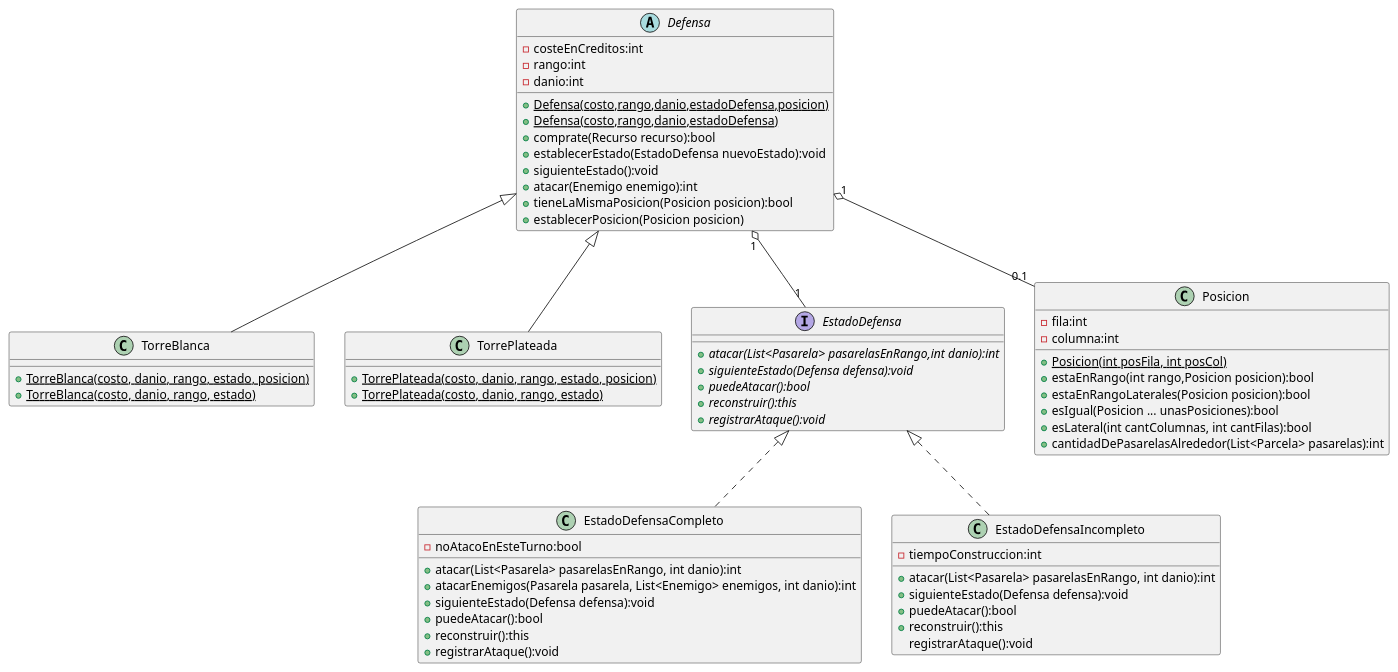
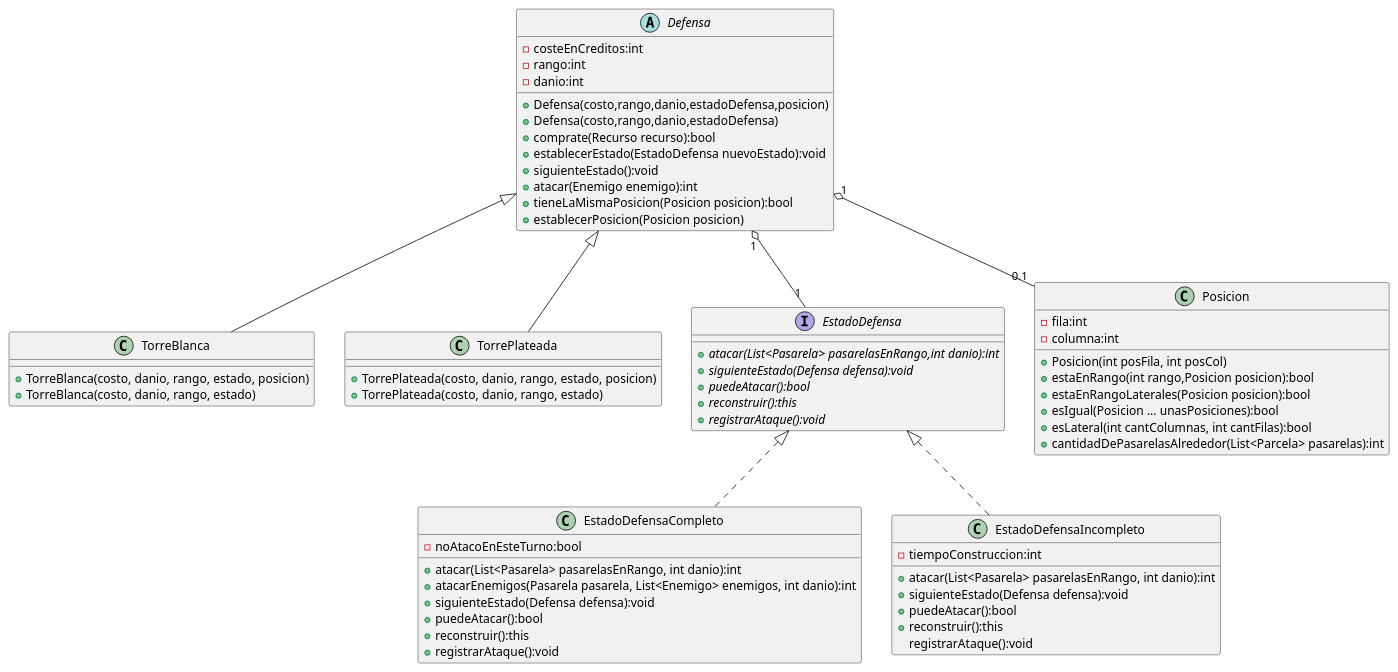
The diagram in diagrams/classes/Ent2/defensa.plantuml (lucas96will/algo3_tp2_fiuba), drawn with PlantUML before and after one commit. The commit also changed 7 other files, not shown here.

Commit message:
Primera leida a los diagramas de clase

```diff
--- a/diagrams/classes/Ent2/defensa.plantuml
+++ b/diagrams/classes/Ent2/defensa.plantuml
@@ -1,72 +1,72 @@
 @startuml
 
 abstract Defensa {
     -costeEnCreditos:int
     -rango:int
     -danio:int
-    {static}+Defensa(costo,rango,danio,estadoDefensa,posicion)
-    {static}+Defensa(costo,rango,danio,estadoDefensa)
+    +Defensa(costo,rango,danio,estadoDefensa,posicion)
+    +Defensa(costo,rango,danio,estadoDefensa)
     +comprate(Recurso recurso):bool
     +establecerEstado(EstadoDefensa nuevoEstado):void
     +siguienteEstado():void
     +atacar(Enemigo enemigo):int
     +tieneLaMismaPosicion(Posicion posicion):bool
     +establecerPosicion(Posicion posicion)
 }
 
 class TorreBlanca {
-    {static}+TorreBlanca(costo, danio, rango, estado, posicion)
-    {static}+TorreBlanca(costo, danio, rango, estado)
+    +TorreBlanca(costo, danio, rango, estado, posicion)
+    +TorreBlanca(costo, danio, rango, estado)
 }
 
 class TorrePlateada {
-    {static}+TorrePlateada(costo, danio, rango, estado, posicion)
-    {static}+TorrePlateada(costo, danio, rango, estado)
+    +TorrePlateada(costo, danio, rango, estado, posicion)
+    +TorrePlateada(costo, danio, rango, estado)
 }
 
 interface EstadoDefensa {
     {abstract}+atacar(List<Pasarela> pasarelasEnRango,int danio):int
     {abstract}+siguienteEstado(Defensa defensa):void
     {abstract}+puedeAtacar():bool
     {abstract}+reconstruir():this
     {abstract}+registrarAtaque():void
 }
 
 class EstadoDefensaCompleto {
     -noAtacoEnEsteTurno:bool
     +atacar(List<Pasarela> pasarelasEnRango, int danio):int
     +atacarEnemigos(Pasarela pasarela, List<Enemigo> enemigos, int danio):int
     +siguienteEstado(Defensa defensa):void
     +puedeAtacar():bool
     +reconstruir():this
     +registrarAtaque():void
 }
 
 class EstadoDefensaIncompleto {
     -tiempoConstruccion:int
     +atacar(List<Pasarela> pasarelasEnRango, int danio):int
     +siguienteEstado(Defensa defensa):void
     +puedeAtacar():bool
     +reconstruir():this
     registrarAtaque():void
 }
 
 class Posicion {
     -fila:int
     -columna:int
-    {static}+Posicion(int posFila, int posCol)
+    +Posicion(int posFila, int posCol)
     +estaEnRango(int rango,Posicion posicion):bool
     +estaEnRangoLaterales(Posicion posicion):bool
     +esIgual(Posicion ... unasPosiciones):bool
     +esLateral(int cantColumnas, int cantFilas):bool
     +cantidadDePasarelasAlrededor(List<Parcela> pasarelas):int
 }
 
 EstadoDefensa <|.. EstadoDefensaCompleto
 EstadoDefensa <|.. EstadoDefensaIncompleto
 Defensa <|-- TorreBlanca
 Defensa <|-- TorrePlateada
 Defensa "1" o-- "1" EstadoDefensa
 Defensa "1" o-- "0.1" Posicion
 
 @enduml
```
